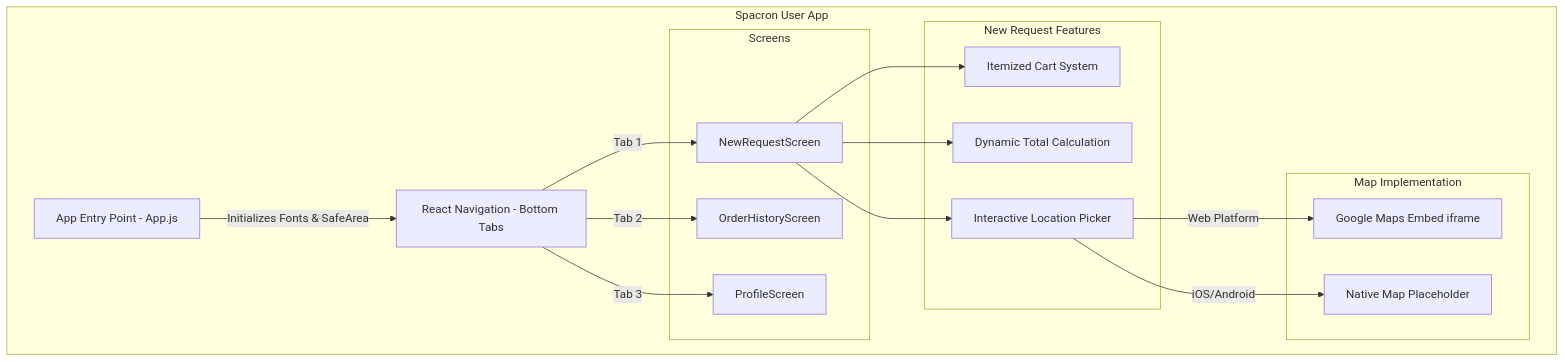
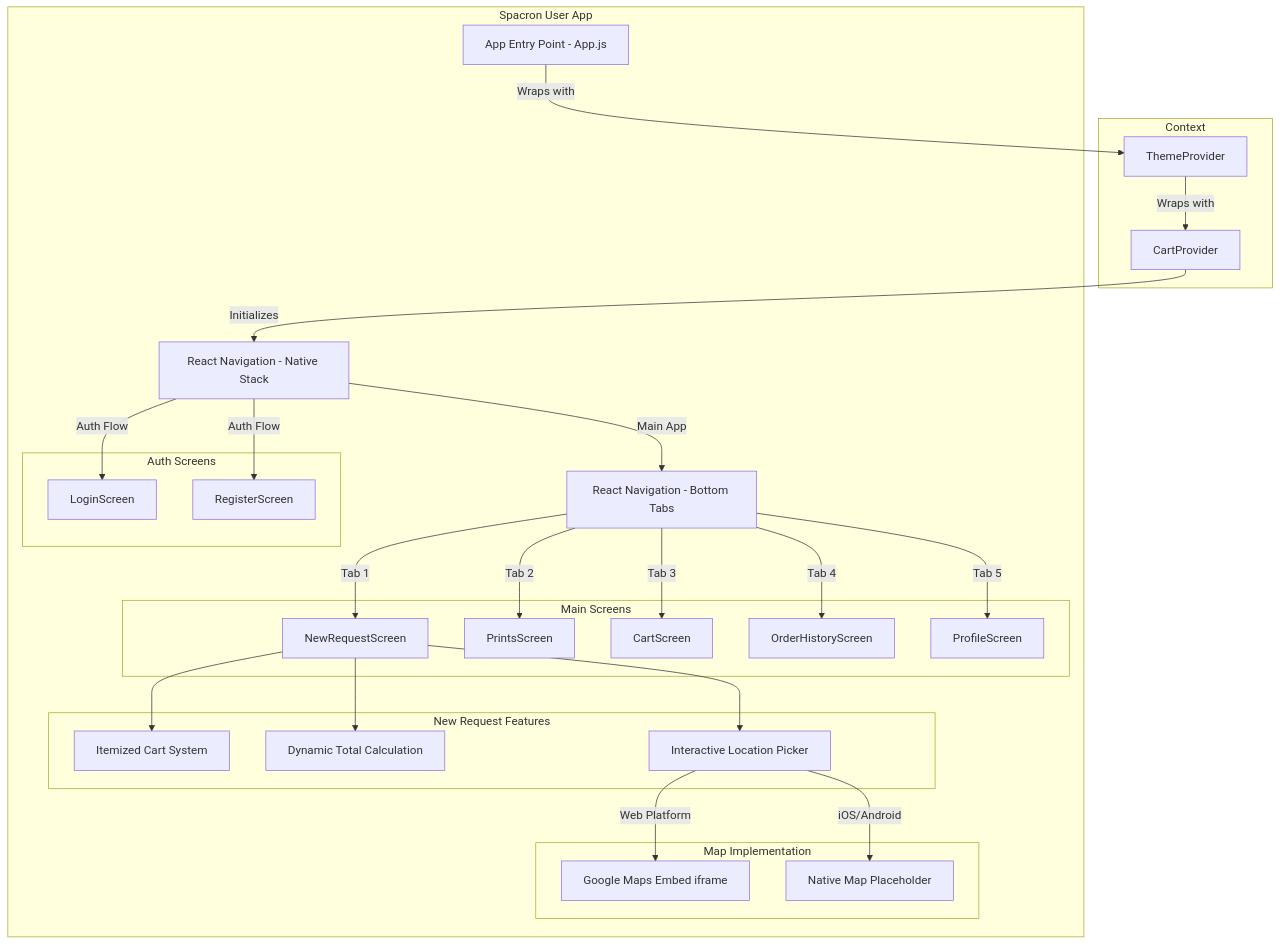
Before and after one commit to Sid-is-afk/Spacron-User: the diagram in README.md, drawn with Mermaid.

Commit message:
docs: update README mermaid architecture diagram to reflect new navigation and context provider structure

````diff
--- a/README.md
+++ b/README.md
@@ -7,36 +7,58 @@
 ```mermaid
 graph TD
+    subgraph Context
+        Theme[ThemeProvider]
+        CartCtx[CartProvider]
+    end
+
     subgraph Spacron User App
         App[App Entry Point - App.js]
-        Nav[React Navigation - Bottom Tabs]
+        StackNav[React Navigation - Native Stack]
+        TabNav[React Navigation - Bottom Tabs]
         
-        subgraph Screens
+        subgraph Auth Screens
+            Login[LoginScreen]
+            Register[RegisterScreen]
+        end
+        
+        subgraph Main Screens
             NewReq[NewRequestScreen]
+            Prints[PrintsScreen]
+            Cart[CartScreen]
             History[OrderHistoryScreen]
             Profile[ProfileScreen]
         end
         
         subgraph New Request Features
-            Cart[Itemized Cart System]
+            CartSys[Itemized Cart System]
             Pricing[Dynamic Total Calculation]
             Map[Interactive Location Picker]
         end
         
         subgraph Map Implementation
             WebMap[Google Maps Embed iframe]
             NativeMap[Native Map Placeholder]
         end
     end
 
-    App -->|Initializes Fonts & SafeArea| Nav
-    Nav -->|Tab 1| NewReq
-    Nav -->|Tab 2| History
-    Nav -->|Tab 3| Profile
+    App -->|Wraps with| Theme
+    Theme -->|Wraps with| CartCtx
+    CartCtx -->|Initializes| StackNav
+    
+    StackNav -->|Auth Flow| Login
+    StackNav -->|Auth Flow| Register
+    StackNav -->|Main App| TabNav
+    
+    TabNav -->|Tab 1| NewReq
+    TabNav -->|Tab 2| Prints
+    TabNav -->|Tab 3| Cart
+    TabNav -->|Tab 4| History
+    TabNav -->|Tab 5| Profile
 
-    NewReq --> Cart
+    NewReq --> CartSys
     NewReq --> Pricing
     NewReq --> Map
 
     Map -->|Web Platform| WebMap
     Map -->|iOS/Android| NativeMap
 ```
````
